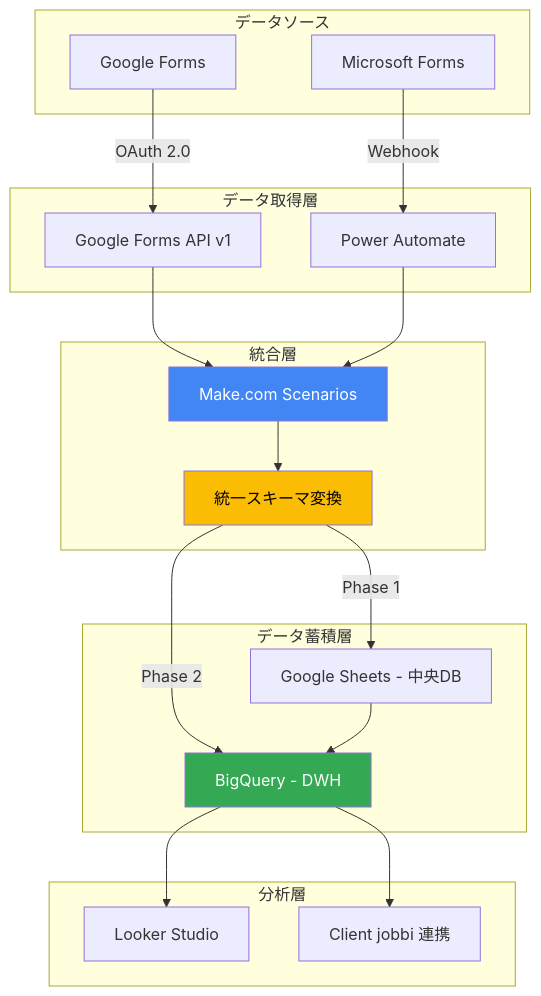
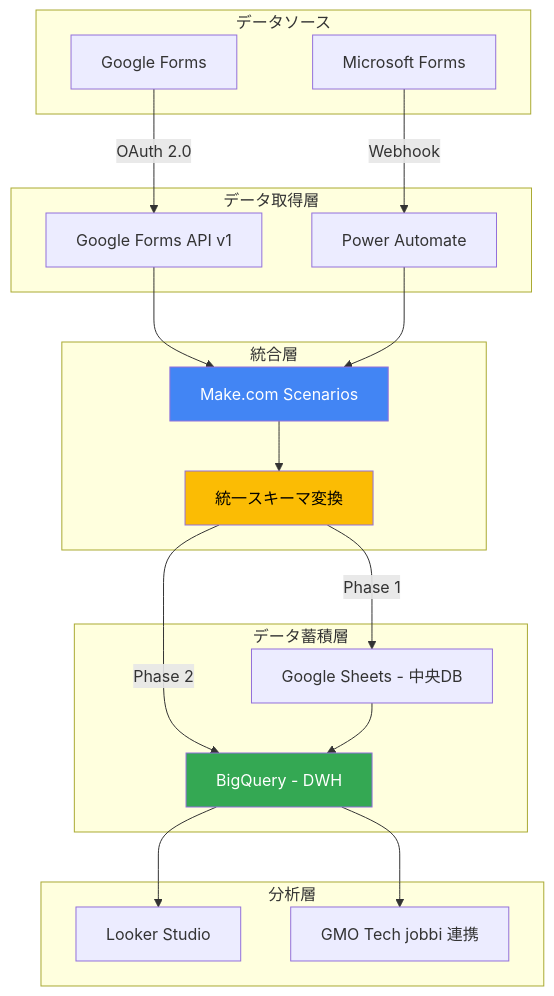
The first of 3 diagrams in output/01_feasibility_report.md (akira882/GoogleForms-MicrosoftForm_Integration_Project), drawn with Mermaid before and after one commit. The commit also changed other lines of this file and 15 other files, not shown here.

Commit message:
docs: final 'deep dive' polish, finalized GMO TECH branding and AI logic refinements

````diff
--- a/output/01_feasibility_report.md
+++ b/output/01_feasibility_report.md
@@ -57,42 +57,42 @@
 ```mermaid
 graph TB
     subgraph "データソース"
         A[Google Forms]
         B[Microsoft Forms]
     end
 
     subgraph "データ取得層"
         C[Google Forms API v1]
         D[Power Automate]
     end
 
     subgraph "統合層"
         E[Make.com Scenarios]
         F[統一スキーマ変換]
     end
 
     subgraph "データ蓄積層"
         G[Google Sheets - 中央DB]
         H[BigQuery - DWH]
     end
 
     subgraph "分析層"
         I[Looker Studio]
-        J[Client jobbi 連携]
+        J[GMO Tech jobbi 連携]
     end
 
     A -->|OAuth 2.0| C
     B -->|Webhook| D
     C --> E
     D --> E
     E --> F
     F -->|Phase 1| G
     F -->|Phase 2| H
     G --> H
     H --> I
     H --> J
 
     style E fill:#4285F4,color:#fff
     style F fill:#FBBC04,color:#000
     style H fill:#34A853,color:#fff
 ```
````
